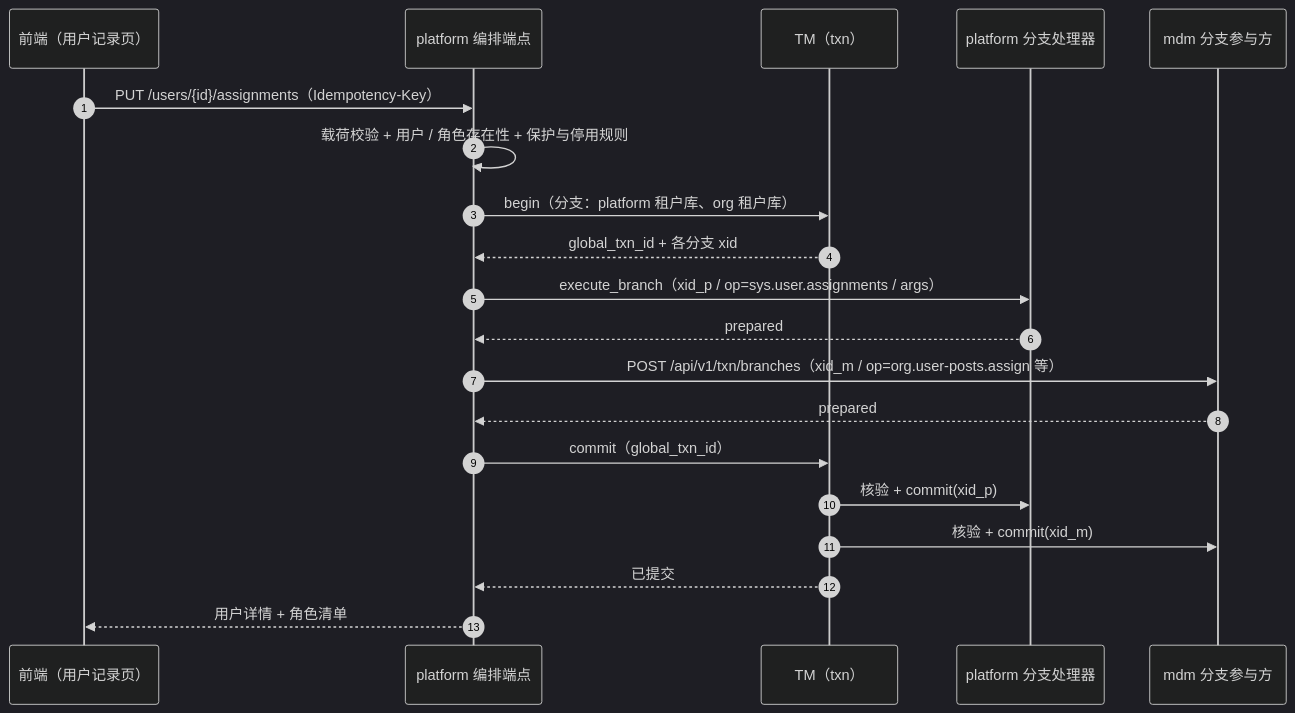
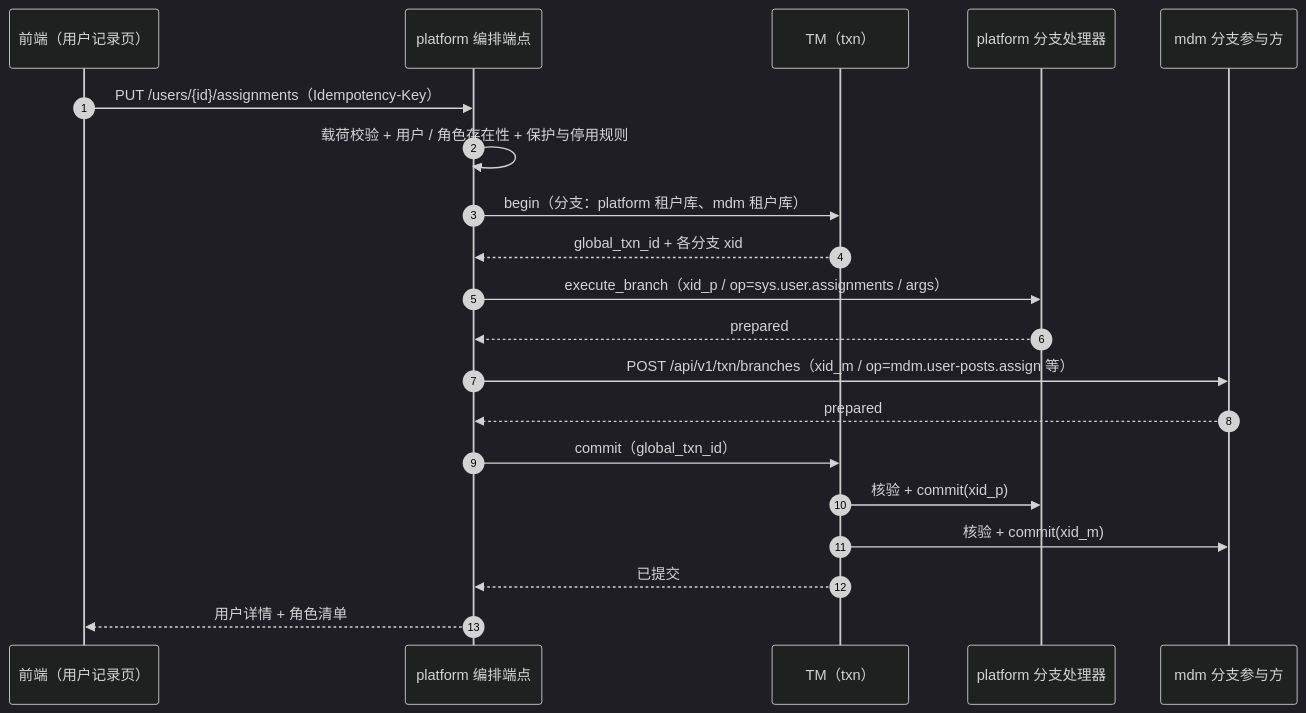
The second of 2 diagrams in bms文档/项目/07_RBAC基础模块/任务/02_用户与角色/02_用户与角色_02_用户管理前端/02_用户与角色_02_用户管理前端_02_用户保存编排端点/设计/01_详细设计_02_用户保存编排端点.md (minjian123/basic-management-system), drawn with Mermaid (dark theme) before and after one commit. The commit also changed other lines of this file and 501 other files, not shown here.

````diff
--- a/bms文档/项目/07_RBAC基础模块/任务/02_用户与角色/02_用户与角色_02_用户管理前端/02_用户与角色_02_用户管理前端_02_用户保存编排端点/设计/01_详细设计_02_用户保存编排端点.md
+++ b/bms文档/项目/07_RBAC基础模块/任务/02_用户与角色/02_用户与角色_02_用户管理前端/02_用户与角色_02_用户管理前端_02_用户保存编排端点/设计/01_详细设计_02_用户保存编排端点.md
@@ -104,23 +104,23 @@
 ```mermaid
 sequenceDiagram
     autonumber
     participant H as 前端（用户记录页）
     participant O as platform 编排端点
     participant TM as TM（txn）
     participant PB as platform 分支处理器
     participant MB as mdm 分支参与方
 
     H->>O: PUT /users/{id}/assignments（Idempotency-Key）
     O->>O: 载荷校验 + 用户 / 角色存在性 + 保护与停用规则
-    O->>TM: begin（分支：platform 租户库、org 租户库）
+    O->>TM: begin（分支：platform 租户库、mdm 租户库）
     TM-->>O: global_txn_id + 各分支 xid
     O->>PB: execute_branch（xid_p / op=sys.user.assignments / args）
     PB-->>O: prepared
-    O->>MB: POST /api/v1/txn/branches（xid_m / op=org.user-posts.assign 等）
+    O->>MB: POST /api/v1/txn/branches（xid_m / op=mdm.user-posts.assign 等）
     MB-->>O: prepared
     O->>TM: commit（global_txn_id）
     TM->>PB: 核验 + commit(xid_p)
     TM->>MB: 核验 + commit(xid_m)
     TM-->>O: 已提交
     O-->>H: 用户详情 + 角色清单
 ```
````
